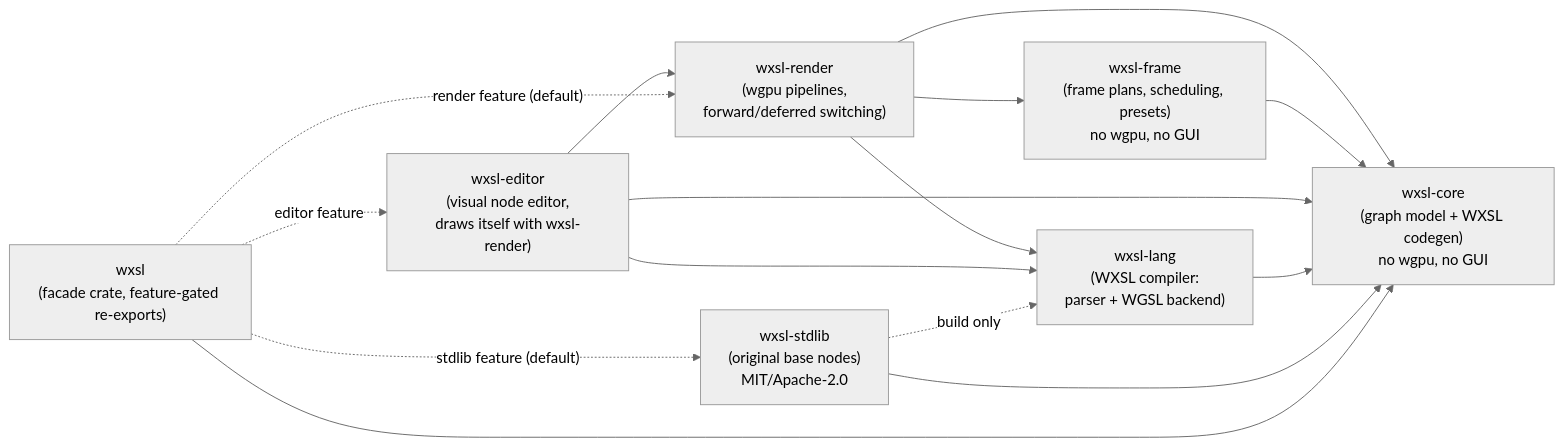
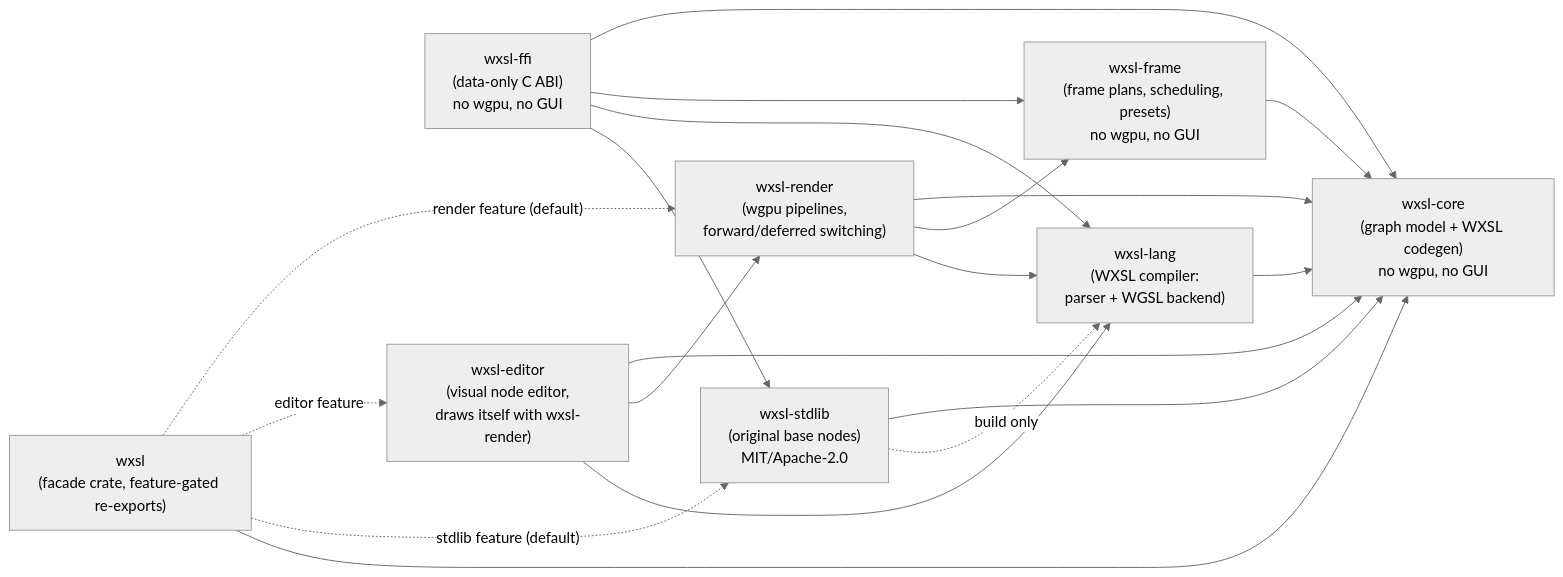
The first of 2 diagrams in docs/architecture.md (lapiequichante/wesloom), drawn with Mermaid (neutral theme) before and after one commit. The commit also changed other lines of this file and 35 other files, not shown here.

````diff
--- a/docs/architecture.md
+++ b/docs/architecture.md
@@ -20,25 +20,30 @@
 ```mermaid
 graph LR
     core["wxsl-core<br/>(graph model + WXSL codegen)<br/>no wgpu, no GUI"]
     lang["wxsl-lang<br/>(WXSL compiler:<br/>parser + WGSL backend)"]
     frame["wxsl-frame<br/>(frame plans, scheduling, presets)<br/>no wgpu, no GUI"]
+    ffi["wxsl-ffi<br/>(data-only C ABI)<br/>no wgpu, no GUI"]
     render["wxsl-render<br/>(wgpu pipelines,<br/>forward/deferred switching)"]
     editor["wxsl-editor<br/>(visual node editor,<br/>draws itself with wxsl-render)"]
     stdlib["wxsl-stdlib<br/>(original base nodes)<br/>MIT/Apache-2.0"]
     facade["wxsl<br/>(facade crate, feature-gated re-exports)"]
 
     render --> core
     render --> frame
     frame --> core
+    ffi --> core
+    ffi --> frame
+    ffi --> lang
+    ffi --> stdlib
     render --> lang
     editor --> core
     editor --> render
     editor --> lang
     lang --> core
     stdlib --> core
     stdlib -. "build only" .-> lang
     facade -. "render feature (default)" .-> render
     facade -. "editor feature" .-> editor
     facade -. "stdlib feature (default)" .-> stdlib
     facade --> core
 ```
````
